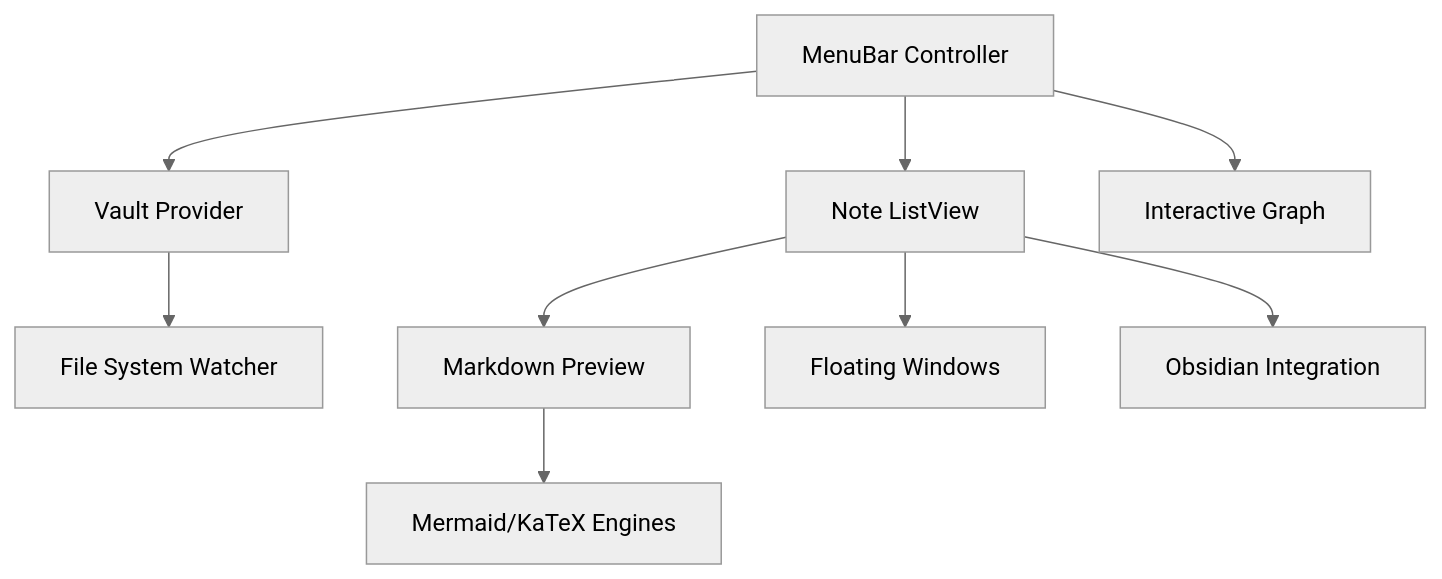
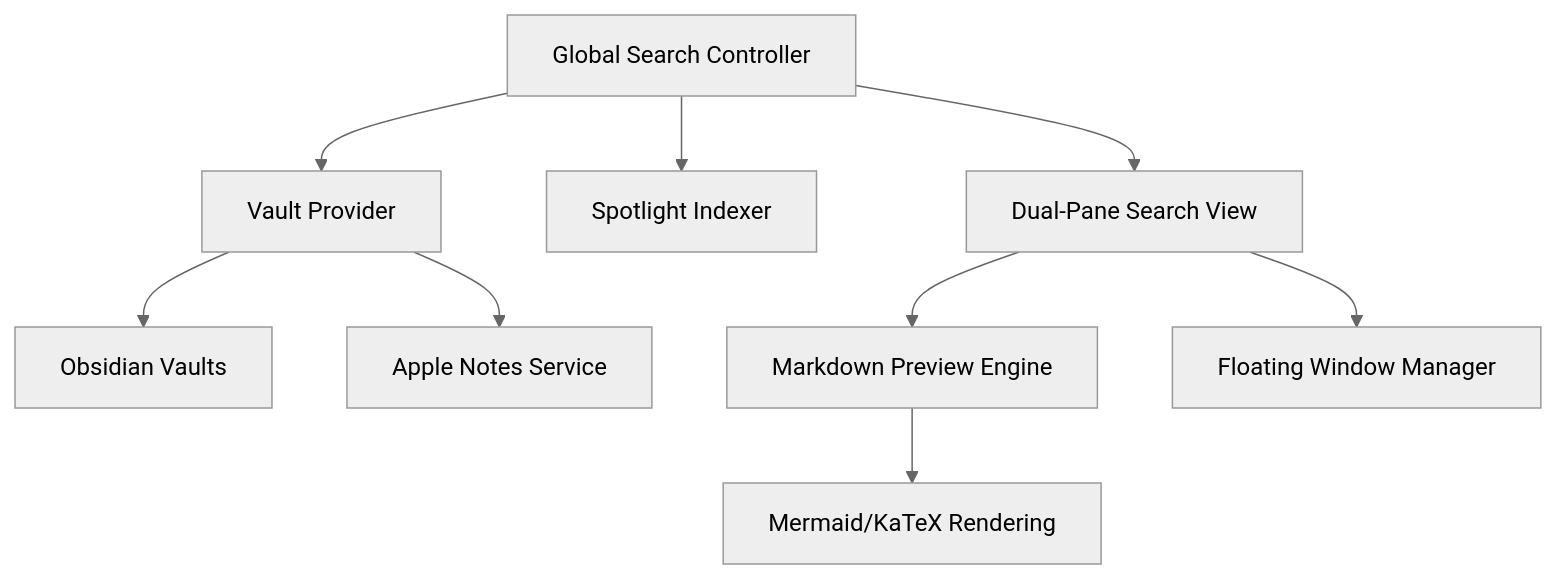
Before and after one commit to aman-senpai/NotesBar: the first of 2 diagrams in README.md, drawn with Mermaid (neutral theme). The commit also changed other lines of this file, not shown here.

````diff
--- a/README.md
+++ b/README.md
@@ -9,11 +9,11 @@
 ```mermaid
 graph TD
-    A[MenuBar Controller] --> B[Vault Provider]
-    B --> C[File System Watcher]
-    A --> D[Note ListView]
-    A --> E[Interactive Graph]
-    D --> F[Markdown Preview]
-    F --> G[Mermaid/KaTeX Engines]
-    D --> H[Floating Windows]
-    D --> I[Obsidian Integration]
+    A[Global Search Controller] --> B[Vault Provider]
+    B --> C[Obsidian Vaults]
+    B --> D[Apple Notes Service]
+    A --> E[Spotlight Indexer]
+    A --> F[Dual-Pane Search View]
+    F --> G[Markdown Preview Engine]
+    G --> H[Mermaid/KaTeX Rendering]
+    F --> I[Floating Window Manager]
 ```
````
